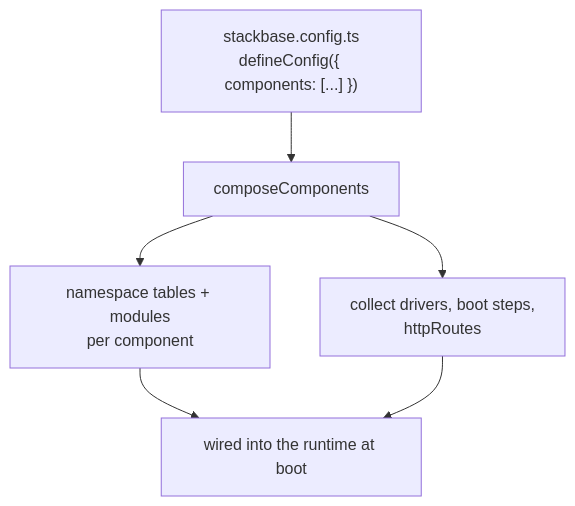
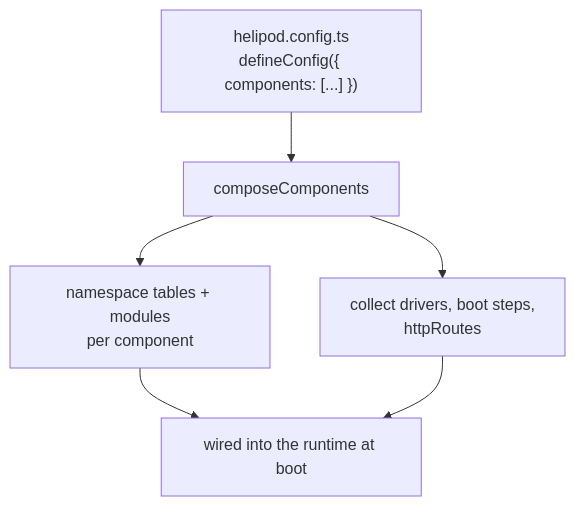
The fourth of 4 diagrams in website/content/docs/contributing/extending/custom-component.mdx (helipod-sh/helipod), drawn with Mermaid before and after one commit. The commit also changed other lines of this file and 1141 other files, not shown here.

First line of the commit message:
feat: rename project from stackbase to helipod

````diff
--- a/website/content/docs/contributing/extending/custom-component.mdx
+++ b/website/content/docs/contributing/extending/custom-component.mdx
@@ -458,9 +458,9 @@
 ```mermaid
 flowchart TD
-    Cfg["stackbase.config.ts\ndefineConfig({ components: [...] })"]
+    Cfg["helipod.config.ts\ndefineConfig({ components: [...] })"]
     Cfg --> Compose["composeComponents"]
     Compose --> NS["namespace tables + modules\nper component"]
     Compose --> Collect["collect drivers, boot steps,\nhttpRoutes"]
     NS --> Rt["wired into the runtime at boot"]
     Collect --> Rt
 ```
````
